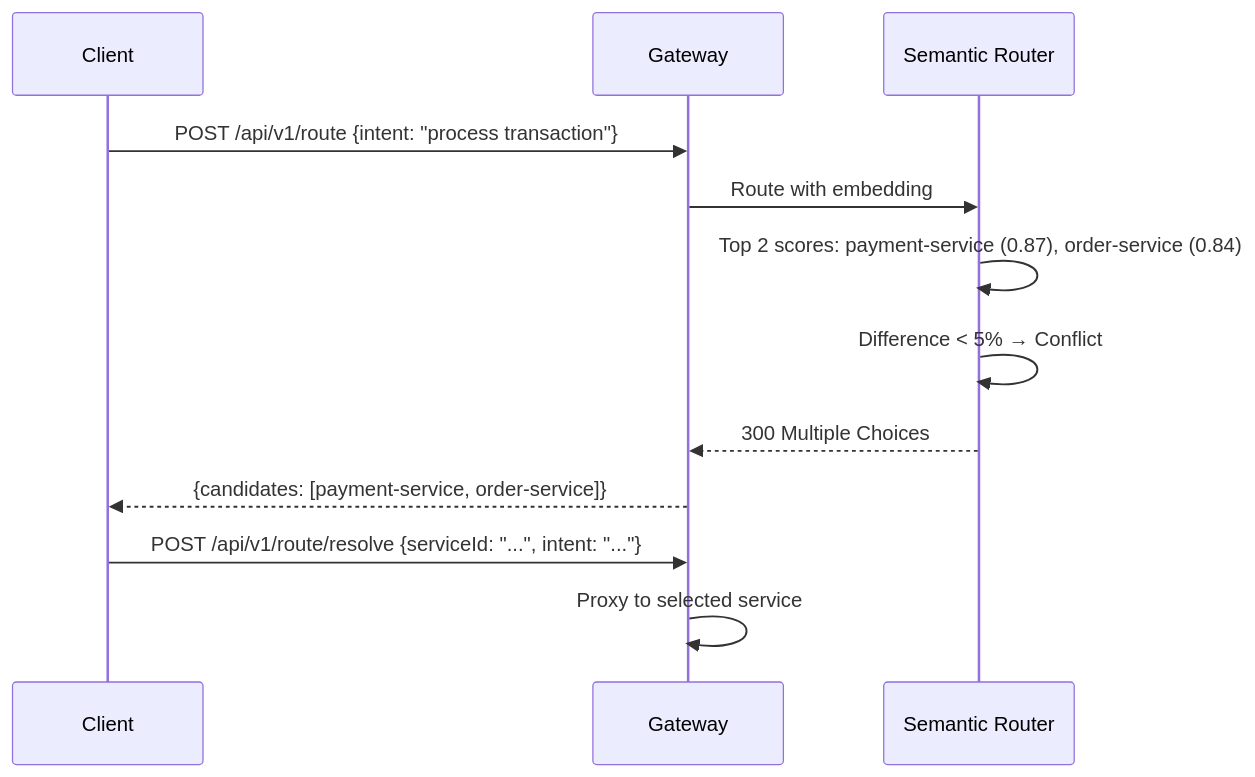
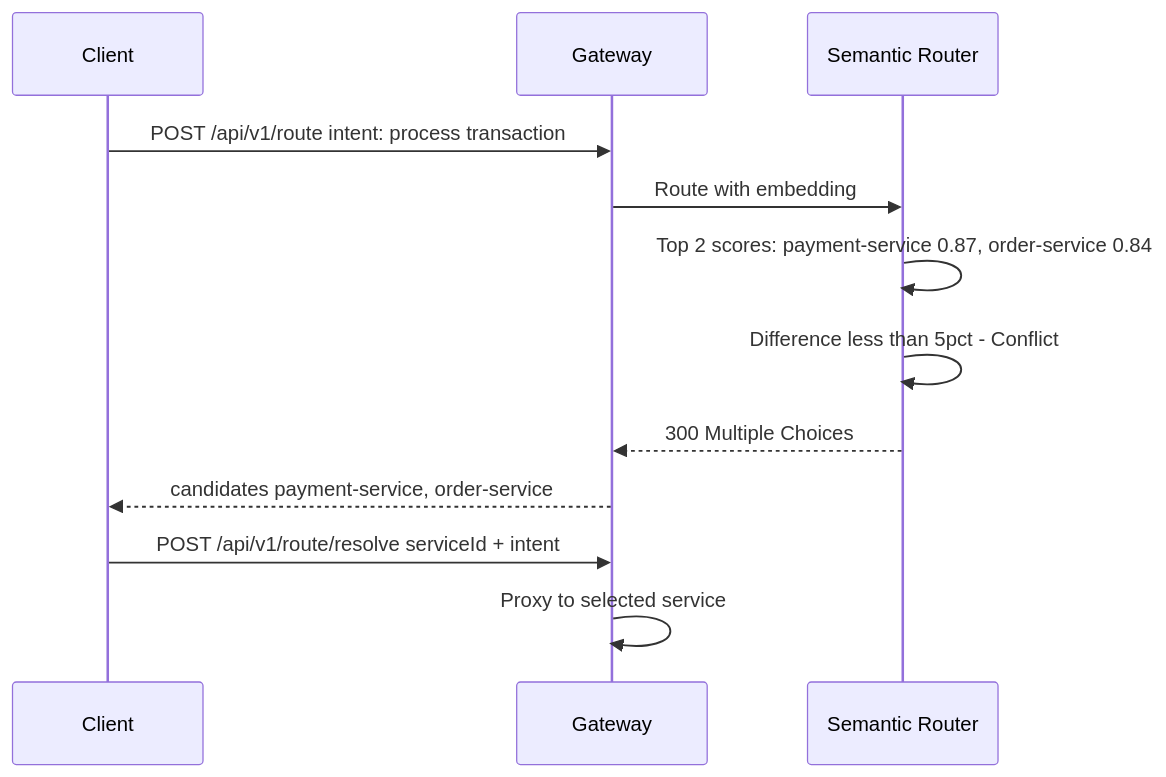
The third of 3 diagrams in ARCHITECTURE.md (jmiranda-sre/Semantic-API-Gateway-Router), drawn with Mermaid before and after one commit. The commit also changed other lines of this file and 1 other file, not shown here.

First line of the commit message:
fix: sanitize all mermaid diagrams for github rendering

````diff
--- a/ARCHITECTURE.md
+++ b/ARCHITECTURE.md
@@ -78,15 +78,15 @@
 ```mermaid
 sequenceDiagram
     participant C as Client
     participant G as Gateway
     participant R as Semantic Router
 
-    C->>G: POST /api/v1/route {intent: "process transaction"}
+    C->>G: POST /api/v1/route intent: process transaction
     G->>R: Route with embedding
-    R->>R: Top 2 scores: payment-service (0.87), order-service (0.84)
-    R->>R: Difference < 5% → Conflict
+    R->>R: Top 2 scores: payment-service 0.87, order-service 0.84
+    R->>R: Difference less than 5pct - Conflict
     R-->>G: 300 Multiple Choices
-    G-->>C: {candidates: [payment-service, order-service]}
-    C->>G: POST /api/v1/route/resolve {serviceId: "...", intent: "..."}
+    G-->>C: candidates payment-service, order-service
+    C->>G: POST /api/v1/route/resolve serviceId + intent
     G->>G: Proxy to selected service
 ```
````
